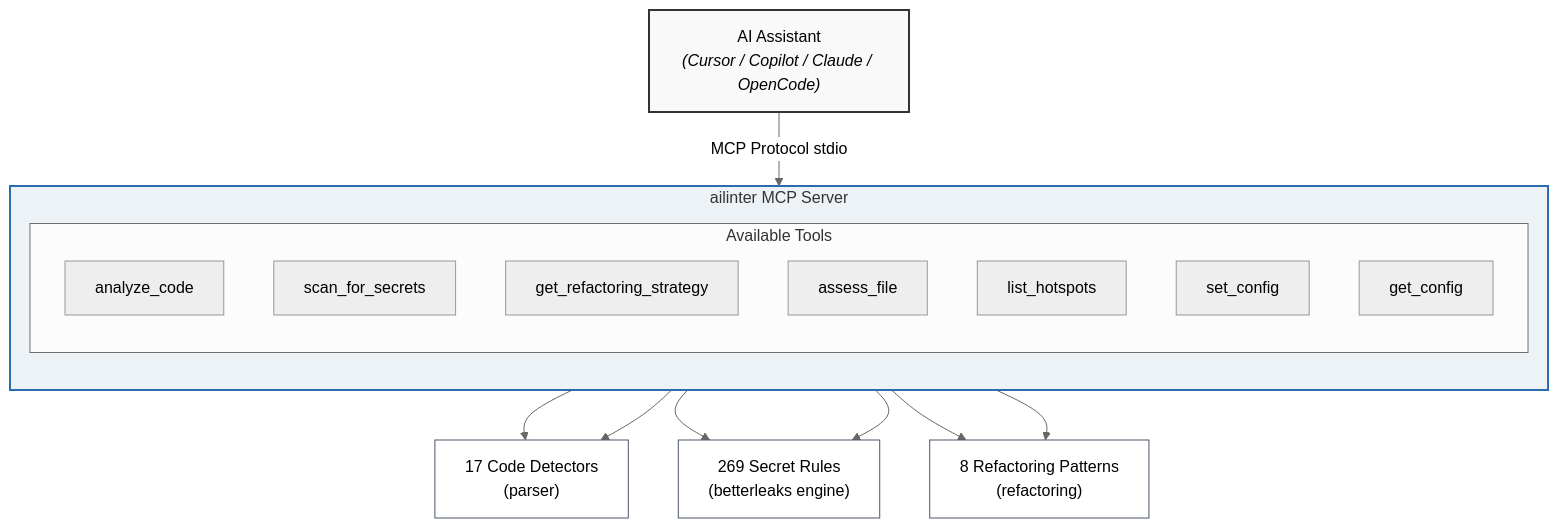
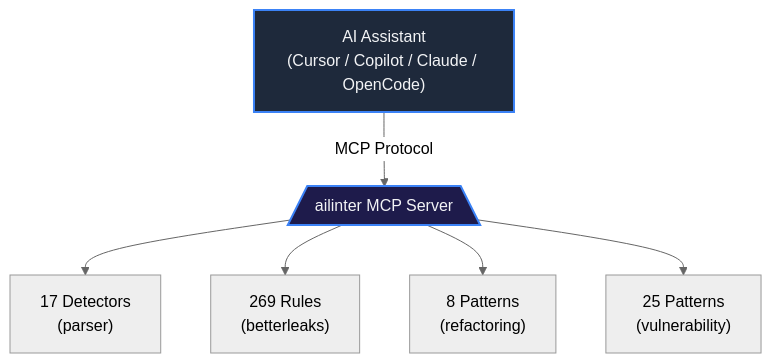
Before and after one commit to ailinter/ailinter: the diagram in README.md, drawn with Mermaid (neutral theme). The commit also changed other lines of this file and 4 other files, not shown here.

````diff
--- a/README.md
+++ b/README.md
@@ -374,41 +303,16 @@
 ```mermaid
 graph TD
-    %% Nodes
-    AI["AI Assistant<br><i>(Cursor / Copilot / Claude / OpenCode)</i>"]
-    
-    subgraph Server [ailinter MCP Server]
-        direction TB
-        subgraph Tools [Available Tools]
-            analyze_code[analyze_code]
-            scan_for_secrets[scan_for_secrets]
-            get_refactoring_strategy[get_refactoring_strategy]
-            assess_file[assess_file]
-            list_hotspots[list_hotspots]
-            set_config[set_config]
-            get_config[get_config]
-        end
-    end
-
-    D1["17 Code Detectors<br>(parser)"]
-    D2["269 Secret Rules<br>(betterleaks engine)"]
-    D3["8 Refactoring Patterns<br>(refactoring)"]
-
-    %% Edges / Connections
-    AI -->|MCP Protocol stdio| Server
-    
-    analyze_code --> D1
-    list_hotspots --> D1
-    
-    scan_for_secrets --> D2
-    set_config --> D2
-    
-    get_refactoring_strategy --> D3
-    get_config --> D3
-
-    %% Styling
-    style AI fill:#f9f9f9,stroke:#333,stroke-width:2px
-    style Server fill:#edf2f7,stroke:#2b6cb0,stroke-width:2px
-    style D1 fill:#fff,stroke:#4a5568,stroke-width:1px
-    style D2 fill:#fff,stroke:#4a5568,stroke-width:1px
-    style D3 fill:#fff,stroke:#4a5568,stroke-width:1px
+    AI["AI Assistant<br>(Cursor / Copilot / Claude / OpenCode)"]
+    Server[/"ailinter MCP Server"\]
+    D1["17 Detectors\n(parser)"]
+    D2["269 Rules\n(betterleaks)"]
+    D3["8 Patterns\n(refactoring)"]
+    D4["25 Patterns\n(vulnerability)"]
+    AI -->|MCP Protocol| Server
+    Server --> D1
+    Server --> D2
+    Server --> D3
+    Server --> D4
+    style AI fill:#1E293B,stroke:#3B82F6,stroke-width:2px,color:#F3F4F6
+    style Server fill:#1E1B4B,stroke:#3B82F6,stroke-width:2px,color:#F3F4F6
 ```
````
